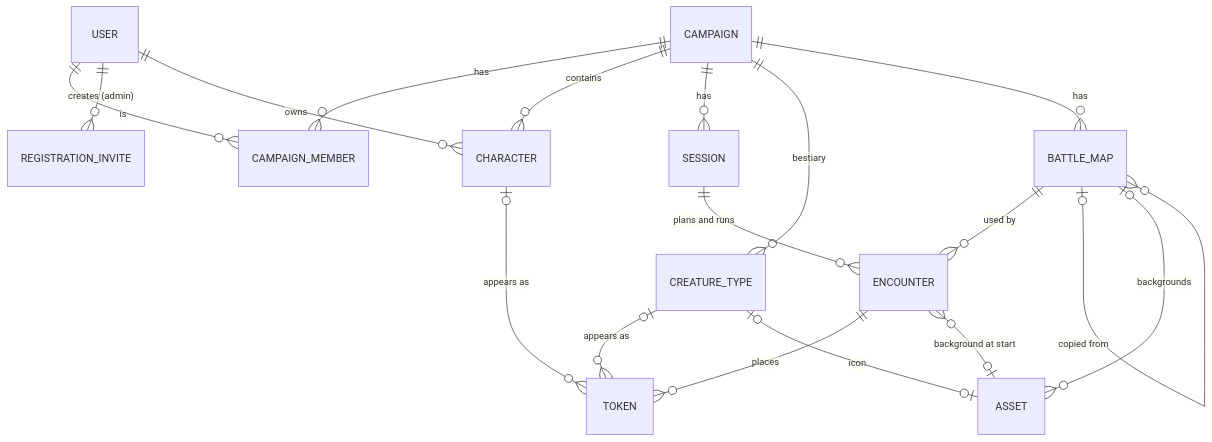
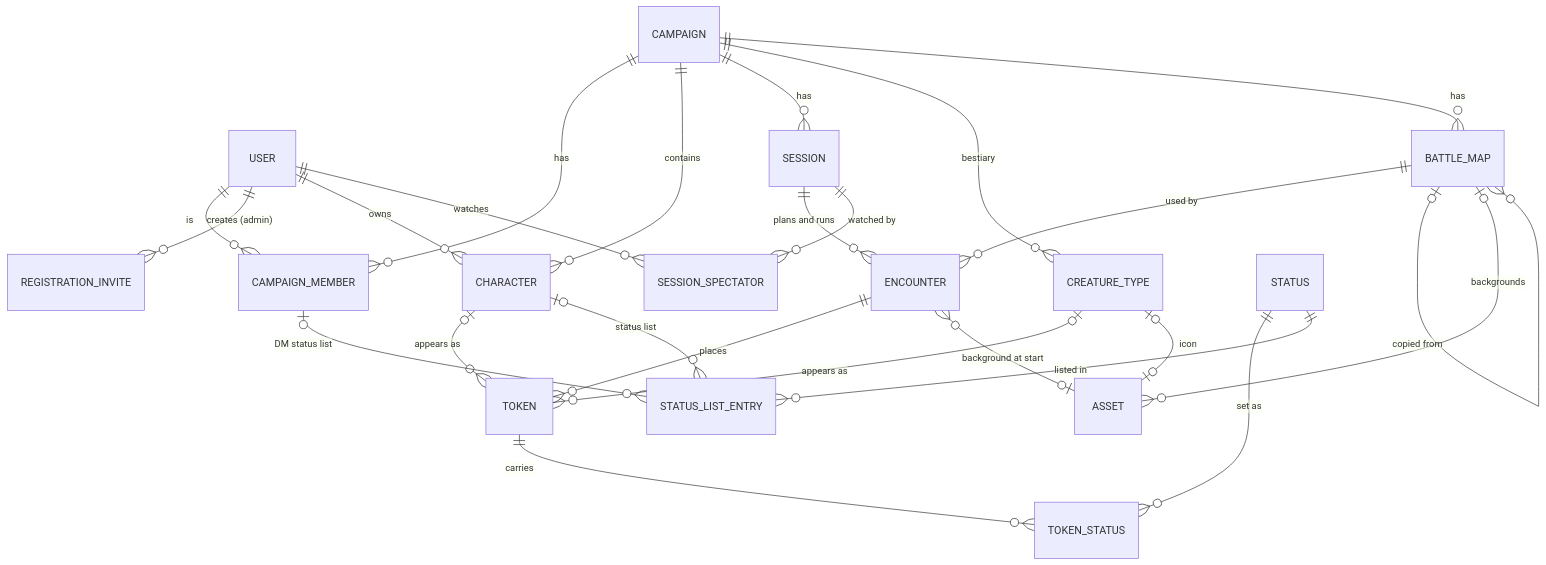
The diagram in knowledge/domain/data-model.md (otressler/oreanas-office), drawn with Mermaid before and after one commit. The commit also changed other lines of this file and 26 other files, not shown here.

````diff
--- a/knowledge/domain/data-model.md
+++ b/knowledge/domain/data-model.md
@@ -16,20 +16,27 @@
 ```mermaid
 erDiagram
     USER ||--o{ CAMPAIGN_MEMBER : "is"
     USER ||--o{ REGISTRATION_INVITE : "creates (admin)"
     CAMPAIGN ||--o{ CAMPAIGN_MEMBER : "has"
     USER ||--o{ CHARACTER : "owns"
     CAMPAIGN ||--o{ CHARACTER : "contains"
     CAMPAIGN ||--o{ SESSION : "has"
     CAMPAIGN ||--o{ CREATURE_TYPE : "bestiary"
     CAMPAIGN ||--o{ BATTLE_MAP : "has"
     SESSION ||--o{ ENCOUNTER : "plans and runs"
+    SESSION ||--o{ SESSION_SPECTATOR : "watched by"
+    USER ||--o{ SESSION_SPECTATOR : "watches"
     BATTLE_MAP ||--o{ ENCOUNTER : "used by"
     BATTLE_MAP |o--o{ BATTLE_MAP : "copied from"
     ENCOUNTER ||--o{ TOKEN : "places"
     CHARACTER |o--o{ TOKEN : "appears as"
     CREATURE_TYPE |o--o{ TOKEN : "appears as"
     BATTLE_MAP |o--o{ ASSET : "backgrounds"
     ENCOUNTER }o--o| ASSET : "background at start"
     CREATURE_TYPE |o--o| ASSET : "icon"
+    TOKEN ||--o{ TOKEN_STATUS : "carries"
+    STATUS ||--o{ TOKEN_STATUS : "set as"
+    STATUS ||--o{ STATUS_LIST_ENTRY : "listed in"
+    CHARACTER |o--o{ STATUS_LIST_ENTRY : "status list"
+    CAMPAIGN_MEMBER |o--o{ STATUS_LIST_ENTRY : "DM status list"
 ```
````
